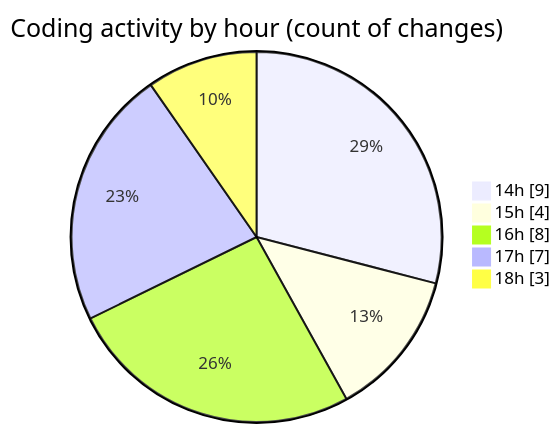
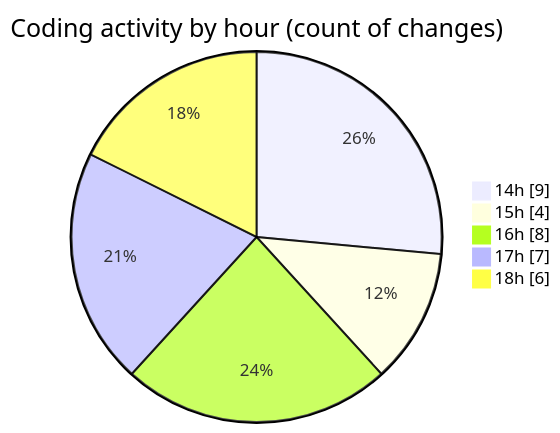
One commit to JenPaints/code-tracking changed the second of 2 diagrams in 2025-05-28/kimberly-groups/README.md. Above: the diagram before and after it, drawn with Mermaid. The commit also changed other lines of this file and 1 other file, not shown here.

````diff
--- a/2025-05-28/kimberly-groups/README.md
+++ b/2025-05-28/kimberly-groups/README.md
@@ -35,9 +35,9 @@
 ```mermaid
 pie showData
 title Coding activity by hour (count of changes)
 "14h" : 9
 "15h" : 4
 "16h" : 8
 "17h" : 7
-"18h" : 3
+"18h" : 6
 ```
````
